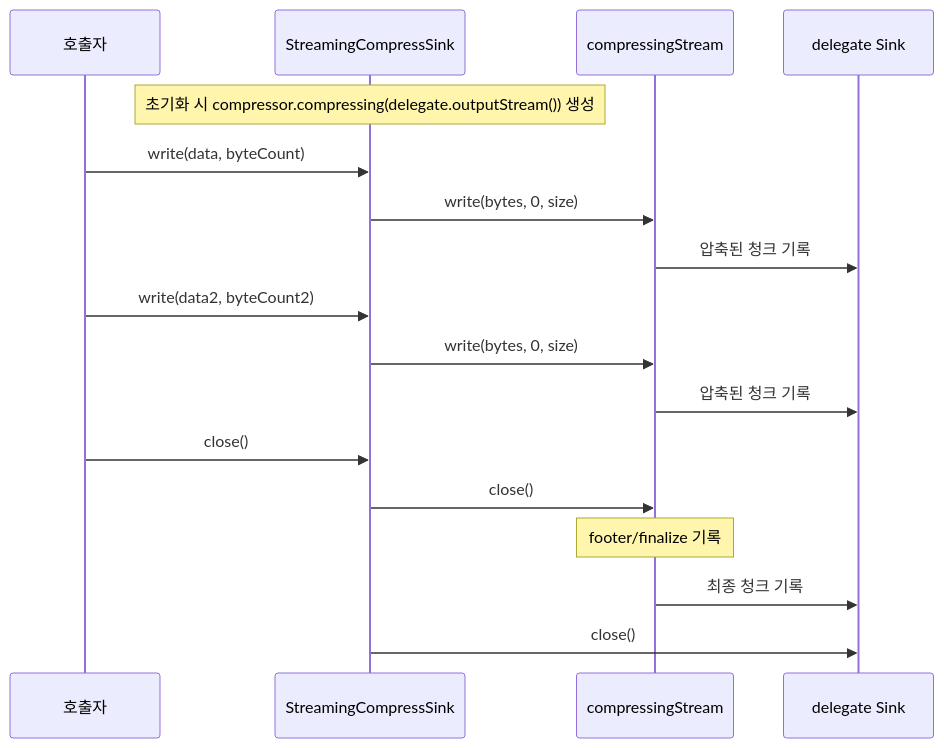
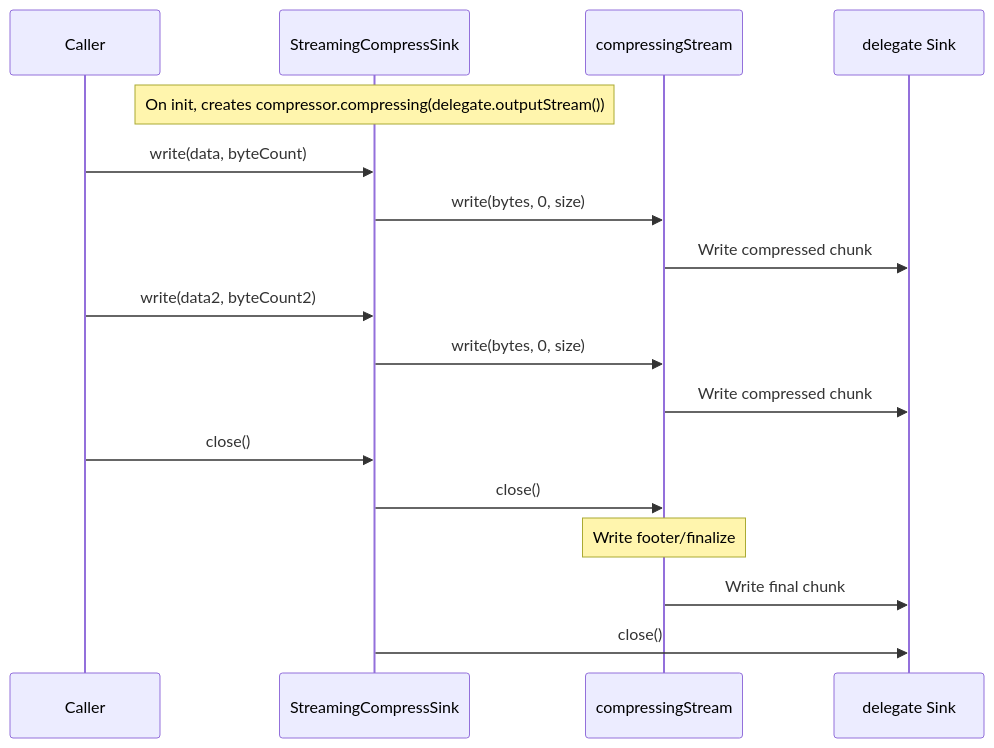
One commit to bluetape4k/bluetape4k-projects changed the sixth of 9 diagrams in io/okio/README.md. Above: the diagram before and after it, drawn with Mermaid. The commit also changed other lines of this file and 265 other files, not shown here.

````diff
--- a/io/okio/README.md
+++ b/io/okio/README.md
@@ -566,23 +567,23 @@
 ```mermaid
 sequenceDiagram
-    participant C as 호출자
+    participant C as Caller
     participant SS as StreamingCompressSink
     participant CS as compressingStream
     participant D as delegate Sink
 
-    Note over SS: 초기화 시 compressor.compressing(delegate.outputStream()) 생성
+    Note over SS: On init, creates compressor.compressing(delegate.outputStream())
 
     C->>SS: write(data, byteCount)
     SS->>CS: write(bytes, 0, size)
-    CS->>D: 압축된 청크 기록
+    CS->>D: Write compressed chunk
 
     C->>SS: write(data2, byteCount2)
     SS->>CS: write(bytes, 0, size)
-    CS->>D: 압축된 청크 기록
+    CS->>D: Write compressed chunk
 
     C->>SS: close()
     SS->>CS: close()
-    Note over CS: footer/finalize 기록
-    CS->>D: 최종 청크 기록
+    Note over CS: Write footer/finalize
+    CS->>D: Write final chunk
     SS->>D: close()
 ```
````
